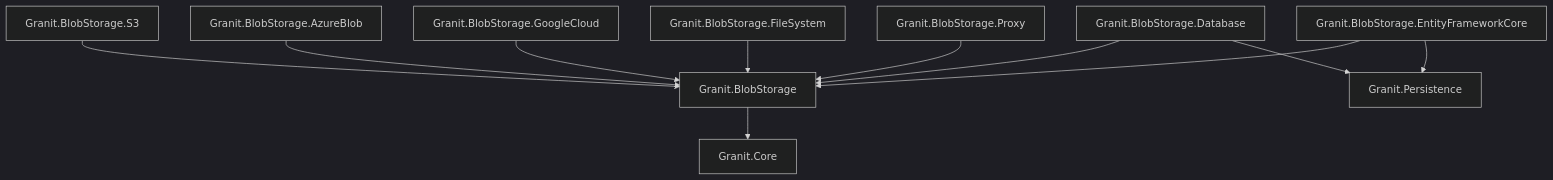
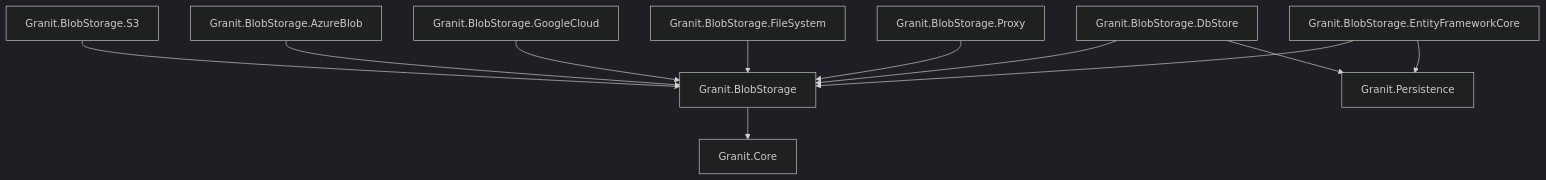
Before and after one commit to granit-fx/granit-dotnet: the first of 4 diagrams in docs-site/src/content/docs/dotnet/data/blob-storage.mdx, drawn with Mermaid (dark theme). The commit also changed other lines of this file and 26 other files, not shown here.

First line of the commit message:
refactor(blob-storage): rename BlobStorage.Database to BlobStorage.DbStore

````diff
--- a/docs-site/src/content/docs/dotnet/data/blob-storage.mdx
+++ b/docs-site/src/content/docs/dotnet/data/blob-storage.mdx
@@ -77,13 +77,13 @@
 ```mermaid
 graph TD
     BS[Granit.BlobStorage] --> CO[Granit.Core]
     S3[Granit.BlobStorage.S3] --> BS
     AZ[Granit.BlobStorage.AzureBlob] --> BS
     GC[Granit.BlobStorage.GoogleCloud] --> BS
     FS[Granit.BlobStorage.FileSystem] --> BS
-    DB[Granit.BlobStorage.Database] --> BS
+    DB[Granit.BlobStorage.DbStore] --> BS
     DB --> P[Granit.Persistence]
     PX[Granit.BlobStorage.Proxy] --> BS
     EF[Granit.BlobStorage.EntityFrameworkCore] --> BS
     EF --> P
 ```
````
